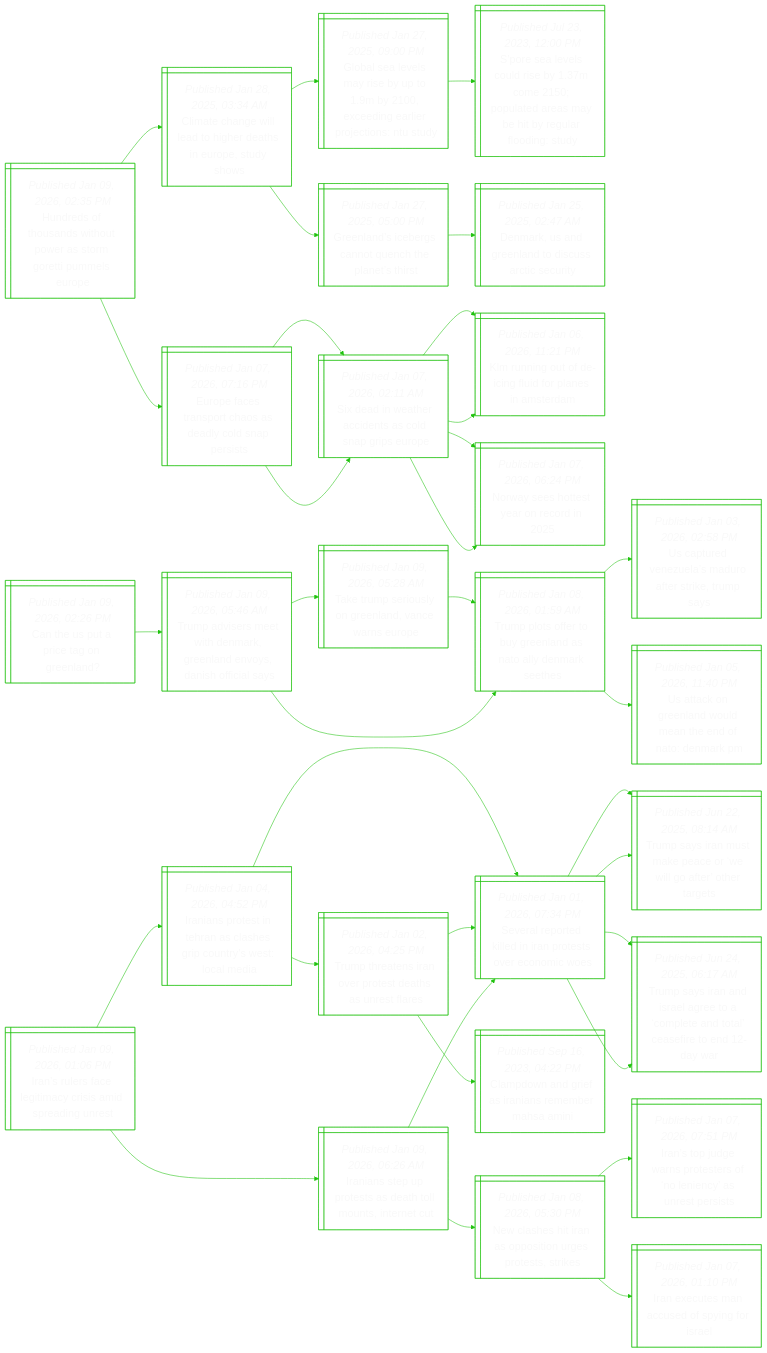
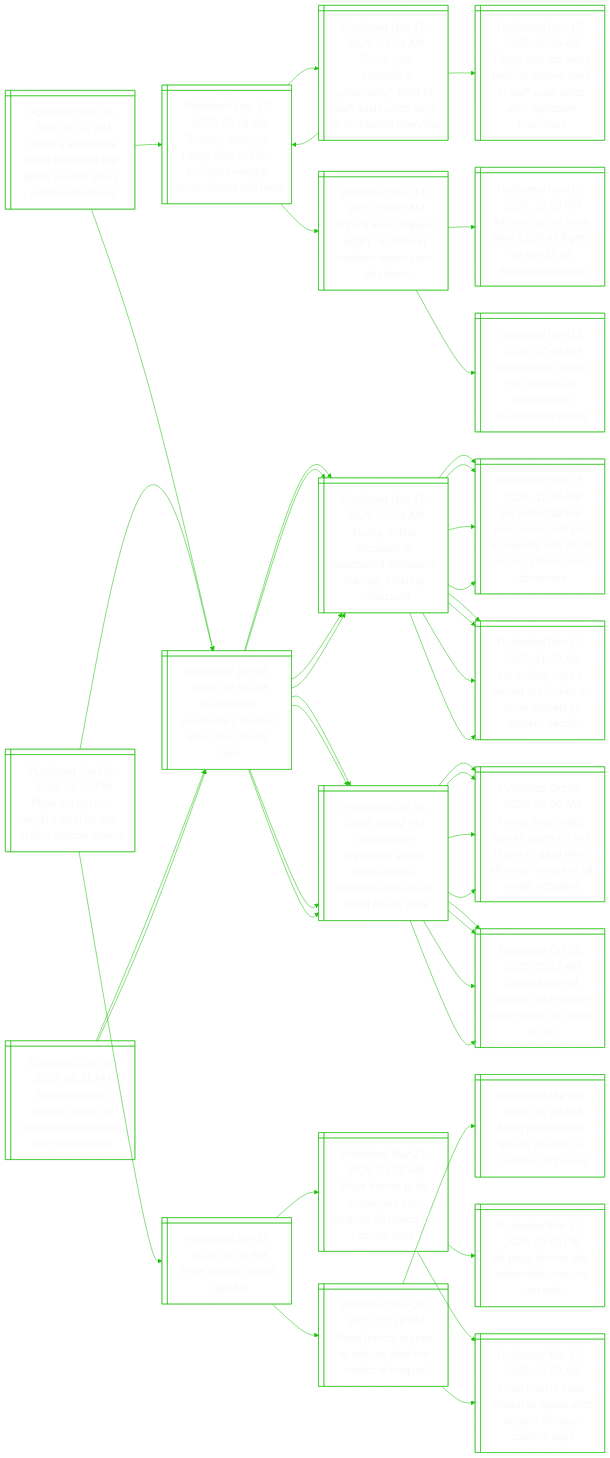
One commit to notJmes/notJmes changed the diagram in README.md. Above: the diagram before and after it, drawn with Mermaid. The commit also changed other lines of this file, not shown here.

````diff
--- a/README.md
+++ b/README.md
@@ -16,112 +16,142 @@
 flowchart LR
 classDef txtsize font-size:20px;
 
-Hetaitrorplo@{ shape: win-pane, label: "_Published Jan 09, 2026, 02:35 PM_
-Hundreds of thousands without power as storm goretti pummels europe" }
-Ctnldgeiouo@{ shape: win-pane, label: "_Published Jan 28, 2025, 03:34 AM_
-Climate change will lead to higher deaths in europe, study shows" }
-GlemspyeeejoUy@{ shape: win-pane, label: "_Published Jan 27, 2025, 09:00 PM_
-Global sea levels may rise by up to 1.9m by 2100, exceeding earlier projections: ntu study" }
-Ssvoimparaierdt@{ shape: win-pane, label: "_Published Jul 23, 2023, 12:00 PM_
-S’pore sea levels could rise by 1.37m come 2150; populated areas may be hit by regular flooding: study" }
-Glirnutatt@{ shape: win-pane, label: "_Published Jan 27, 2025, 05:00 PM_
-Greenland’s icebergs cannot quench the planet’s thirst" }
-DrnedsAcr@{ shape: win-pane, label: "_Published Jan 25, 2025, 02:47 AM_
-Denmark, us and greenland to discuss arctic security" }
-Eesscadlpi@{ shape: win-pane, label: "_Published Jan 07, 2026, 07:16 PM_
-Europe faces transport chaos as deadly cold snap persists" }
-SaerdadgEe@{ shape: win-pane, label: "_Published Jan 07, 2026, 02:11 AM_
-Six dead in weather accidents as cold snap grips europe" }
-Knodnipssa@{ shape: win-pane, label: "_Published Jan 06, 2026, 11:21 PM_
-Klm running out of de-icing fluid for planes in amsterdam" }
-Nyhsrcn@{ shape: win-pane, label: "_Published Jan 07, 2026, 06:24 PM_
-Norway sees hottest year on record in 2025" }
-SaerdadgEe@{ shape: win-pane, label: "_Published Jan 07, 2026, 02:11 AM_
-Six dead in weather accidents as cold snap grips europe" }
-Knodnipssa@{ shape: win-pane, label: "_Published Jan 06, 2026, 11:21 PM_
-Klm running out of de-icing fluid for planes in amsterdam" }
-Nyhsrcn@{ shape: win-pane, label: "_Published Jan 07, 2026, 06:24 PM_
-Norway sees hottest year on record in 2025" }
-
-Hetaitrorplo:::txtsize --> Ctnldgeiouo:::txtsize
-Ctnldgeiouo:::txtsize --> GlemspyeeejoUy:::txtsize
-GlemspyeeejoUy:::txtsize --> Ssvoimparaierdt:::txtsize
-Ctnldgeiouo:::txtsize --> Glirnutatt:::txtsize
-Glirnutatt:::txtsize --> DrnedsAcr:::txtsize
-Hetaitrorplo:::txtsize --> Eesscadlpi:::txtsize
-Eesscadlpi:::txtsize --> SaerdadgEe:::txtsize
-SaerdadgEe:::txtsize --> Knodnipssa:::txtsize
-SaerdadgEe:::txtsize --> Nyhsrcn:::txtsize
-Eesscadlpi:::txtsize --> SaerdadgEe:::txtsize
-SaerdadgEe:::txtsize --> Knodnipssa:::txtsize
-SaerdadgEe:::txtsize --> Nyhsrcn:::txtsize
-
-Cetcoed@{ shape: win-pane, label: "_Published Jan 09, 2026, 02:26 PM_
-Can the us put a price tag on greenland?" }
-Taeehaenonfas@{ shape: win-pane, label: "_Published Jan 09, 2026, 05:46 AM_
-Trump advisers meet with denmark, greenland envoys, danish official says" }
-TresGlaau@{ shape: win-pane, label: "_Published Jan 09, 2026, 05:28 AM_
-Take trump seriously on greenland, vance warns europe" }
-TpotGlsaekh@{ shape: win-pane, label: "_Published Jan 08, 2026, 01:59 AM_
-Trump plots offer to buy greenland as nato ally denmark seethes" }
-TpotGlsaekh@{ shape: win-pane, label: "_Published Jan 08, 2026, 01:59 AM_
-Trump plots offer to buy greenland as nato ally denmark seethes" }
+Tszffrtdramrcs@{ shape: win-pane, label: "_Published Jan 09, 2026, 07:12 PM_
+Trump’s venezuela focus frustrates top aides worried about midterm elections" }
 UtVuMorkms@{ shape: win-pane, label: "_Published Jan 03, 2026, 02:58 PM_
 Us captured venezuela’s maduro after strike, trump says" }
-UaGloeefDr@{ shape: win-pane, label: "_Published Jan 05, 2026, 11:40 PM_
-Us attack on greenland would mean the end of nato: denmark pm" }
+Vuoilranhibai@{ shape: win-pane, label: "_Published Oct 10, 2025, 05:02 PM_
+Venezuelan opposition leader maria corina machado wins 2025 nobel peace prize" }
+TsonoeroelS@{ shape: win-pane, label: "_Published Oct 01, 2025, 05:12 AM_
+Trump says not winning nobel peace prize would be ‘insult’ to us" }
+TssHaossaaorslaoe@{ shape: win-pane, label: "_Published Oct 09, 2025, 05:09 AM_
+Trump says israel, hamas agree on first phase of gaza deal, allowing release of all israeli hostages" }
+Toskftdasitgz@{ shape: win-pane, label: "_Published Dec 17, 2025, 08:34 AM_
+Trump orders blockade of sanctioned oil tankers leaving, entering venezuela" }
+Uistitktvlanf@{ shape: win-pane, label: "_Published Dec 16, 2025, 11:09 AM_
+Us military says it carried out strikes on three vessels in eastern pacific" }
+Uznenltrwtphoon@{ shape: win-pane, label: "_Published Dec 13, 2025, 11:10 AM_
+Us seized tanker near venezuela just as warrant was set to expire, shows court document" }
+TsoastneRrols@{ shape: win-pane, label: "_Published Dec 17, 2025, 03:14 AM_
+Trump’s approval rating slips to 39%, economy weighs, reuters/ipsos poll finds" }
+Hthnndwrust@{ shape: win-pane, label: "_Published Nov 14, 2025, 08:52 AM_
+‘hope it won’t happen again’: us federal workers return post-shutdown" }
+Tsdootveuns@{ shape: win-pane, label: "_Published Nov 13, 2025, 07:48 AM_
+Trump signs deal to end longest us government shutdown in history" }
+Annoalsvuni@{ shape: win-pane, label: "_Published Nov 10, 2025, 10:23 PM_
+Airlines cancel more than 1,500 us flights on nov 10 as shutdown persists" }
+Thcirlhffesiblr@{ shape: win-pane, label: "_Published Dec 17, 2025, 03:34 AM_
+Trump has ‘alcoholic’s personality’, chief of staff susie wiles says in bombshell interview" }
+Tapsiecofieelers@{ shape: win-pane, label: "_Published Dec 17, 2025, 06:45 AM_
+Trump and top aides publicly defend chief of staff susie wiles after explosive interviews" }
+TsoastneRrols@{ shape: win-pane, label: "_Published Dec 17, 2025, 03:14 AM_
+Trump’s approval rating slips to 39%, economy weighs, reuters/ipsos poll finds" }
 
-Cetcoed:::txtsize --> Taeehaenonfas:::txtsize
-Taeehaenonfas:::txtsize --> TresGlaau:::txtsize
-TresGlaau:::txtsize --> TpotGlsaekh:::txtsize
-Taeehaenonfas:::txtsize --> TpotGlsaekh:::txtsize
-TpotGlsaekh:::txtsize --> UtVuMorkms:::txtsize
-TpotGlsaekh:::txtsize --> UaGloeefDr:::txtsize
+Tszffrtdramrcs:::txtsize --> UtVuMorkms:::txtsize
+UtVuMorkms:::txtsize --> Vuoilranhibai:::txtsize
+Vuoilranhibai:::txtsize --> TsonoeroelS:::txtsize
+Vuoilranhibai:::txtsize --> TssHaossaaorslaoe:::txtsize
+UtVuMorkms:::txtsize --> Toskftdasitgz:::txtsize
+Toskftdasitgz:::txtsize --> Uistitktvlanf:::txtsize
+Toskftdasitgz:::txtsize --> Uznenltrwtphoon:::txtsize
+Tszffrtdramrcs:::txtsize --> TsoastneRrols:::txtsize
+TsoastneRrols:::txtsize --> Hthnndwrust:::txtsize
+Hthnndwrust:::txtsize --> Tsdootveuns:::txtsize
+Hthnndwrust:::txtsize --> Annoalsvuni:::txtsize
+TsoastneRrols:::txtsize --> Thcirlhffesiblr:::txtsize
+Thcirlhffesiblr:::txtsize --> Tapsiecofieelers:::txtsize
+Thcirlhffesiblr:::txtsize --> TsoastneRrols:::txtsize
 
-Irslicssdn@{ shape: win-pane, label: "_Published Jan 09, 2026, 01:06 PM_
-Iran’s rulers face legitimacy crisis amid spreading unrest" }
-Iaoirceptecd@{ shape: win-pane, label: "_Published Jan 04, 2026, 04:52 PM_
-Iranians protest in tehran as clashes grip country’s west: local media" }
-Saokdatocis@{ shape: win-pane, label: "_Published Jan 01, 2026, 07:34 PM_
-Several reported killed in iran protests over economic woes" }
-Tsrseeworre@{ shape: win-pane, label: "_Published Jun 22, 2025, 08:14 AM_
-Trump says iran must make peace or ‘we will go after’ other targets" }
-Tsrdeecedletdr@{ shape: win-pane, label: "_Published Jun 24, 2025, 06:17 AM_
-Trump says iran and israel agree to a ‘complete and total’ ceasefire to end 12-day war" }
-Tttreteaea@{ shape: win-pane, label: "_Published Jan 02, 2026, 04:25 PM_
-Trump threatens iran over protest deaths as unrest flares" }
-Saokdatocis@{ shape: win-pane, label: "_Published Jan 01, 2026, 07:34 PM_
-Several reported killed in iran protests over economic woes" }
-CdnerneMA@{ shape: win-pane, label: "_Published Sep 16, 2023, 04:22 PM_
-Clampdown and grief as iranians remember mahsa amini" }
-Iaerteoune@{ shape: win-pane, label: "_Published Jan 09, 2026, 06:26 AM_
-Iranians step up protests as death toll mounts, internet cut" }
-Saokdatocis@{ shape: win-pane, label: "_Published Jan 01, 2026, 07:34 PM_
-Several reported killed in iran protests over economic woes" }
-Tsrseeworre@{ shape: win-pane, label: "_Published Jun 22, 2025, 08:14 AM_
-Trump says iran must make peace or ‘we will go after’ other targets" }
-Tsrdeecedletdr@{ shape: win-pane, label: "_Published Jun 24, 2025, 06:17 AM_
-Trump says iran and israel agree to a ‘complete and total’ ceasefire to end 12-day war" }
-Nahaptrrti@{ shape: win-pane, label: "_Published Jan 08, 2026, 05:30 PM_
-New clashes hit iran as opposition urges protests, strikes" }
-Itdroeniaers@{ shape: win-pane, label: "_Published Jan 07, 2026, 07:51 PM_
-Iran’s top judge warns protesters of ‘no leniency’ as unrest persists" }
-Ixeaepfr@{ shape: win-pane, label: "_Published Jan 07, 2026, 01:10 PM_
-Iran executes man accused of spying for israel" }
+Perozoirip@{ shape: win-pane, label: "_Published Jan 09, 2026, 06:32 PM_
+Pope leo decries world’s ‘zeal for war’ in fiery vatican speech" }
+UtVuMorkms@{ shape: win-pane, label: "_Published Jan 03, 2026, 02:58 PM_
+Us captured venezuela’s maduro after strike, trump says" }
+Vuoilranhibai@{ shape: win-pane, label: "_Published Oct 10, 2025, 05:02 PM_
+Venezuelan opposition leader maria corina machado wins 2025 nobel peace prize" }
+TsonoeroelS@{ shape: win-pane, label: "_Published Oct 01, 2025, 05:12 AM_
+Trump says not winning nobel peace prize would be ‘insult’ to us" }
+TssHaossaaorslaoe@{ shape: win-pane, label: "_Published Oct 09, 2025, 05:09 AM_
+Trump says israel, hamas agree on first phase of gaza deal, allowing release of all israeli hostages" }
+Toskftdasitgz@{ shape: win-pane, label: "_Published Dec 17, 2025, 08:34 AM_
+Trump orders blockade of sanctioned oil tankers leaving, entering venezuela" }
+Uistitktvlanf@{ shape: win-pane, label: "_Published Dec 16, 2025, 11:09 AM_
+Us military says it carried out strikes on three vessels in eastern pacific" }
+Uznenltrwtphoon@{ shape: win-pane, label: "_Published Dec 13, 2025, 11:10 AM_
+Us seized tanker near venezuela just as warrant was set to expire, shows court document" }
+Prsa@{ shape: win-pane, label: "_Published Apr 21, 2025, 04:01 PM_
+Pope francis dies at age 88" }
+Prsdafoaaos@{ shape: win-pane, label: "_Published Mar 23, 2025, 01:28 AM_
+Pope francis to be discharged from hospital on march 23, doctor says" }
+Prsrrpfxtpds@{ shape: win-pane, label: "_Published Mar 22, 2025, 03:53 AM_
+Pope francis must relearn to speak after oxygen therapy, cardinal says" }
+Aecllsoud@{ shape: win-pane, label: "_Published Mar 19, 2025, 09:05 PM_
+As pope francis ails, outlandish rumours run wild" }
+PrsrVaeessl@{ shape: win-pane, label: "_Published Mar 23, 2025, 07:19 PM_
+Pope francis returns to vatican after five weeks in hospital" }
+Prsrrpfxtpds@{ shape: win-pane, label: "_Published Mar 22, 2025, 03:53 AM_
+Pope francis must relearn to speak after oxygen therapy, cardinal says" }
+AgFincadno@{ shape: win-pane, label: "_Published Mar 09, 2025, 04:10 PM_
+Ailing pope francis thanks doctors as condition improves" }
 
-Irslicssdn:::txtsize --> Iaoirceptecd:::txtsize
-Iaoirceptecd:::txtsize --> Saokdatocis:::txtsize
-Saokdatocis:::txtsize --> Tsrseeworre:::txtsize
-Saokdatocis:::txtsize --> Tsrdeecedletdr:::txtsize
-Iaoirceptecd:::txtsize --> Tttreteaea:::txtsize
-Tttreteaea:::txtsize --> Saokdatocis:::txtsize
-Tttreteaea:::txtsize --> CdnerneMA:::txtsize
-Irslicssdn:::txtsize --> Iaerteoune:::txtsize
-Iaerteoune:::txtsize --> Saokdatocis:::txtsize
-Saokdatocis:::txtsize --> Tsrseeworre:::txtsize
-Saokdatocis:::txtsize --> Tsrdeecedletdr:::txtsize
-Iaerteoune:::txtsize --> Nahaptrrti:::txtsize
-Nahaptrrti:::txtsize --> Itdroeniaers:::txtsize
-Nahaptrrti:::txtsize --> Ixeaepfr:::txtsize
+Perozoirip:::txtsize --> UtVuMorkms:::txtsize
+UtVuMorkms:::txtsize --> Vuoilranhibai:::txtsize
+Vuoilranhibai:::txtsize --> TsonoeroelS:::txtsize
+Vuoilranhibai:::txtsize --> TssHaossaaorslaoe:::txtsize
+UtVuMorkms:::txtsize --> Toskftdasitgz:::txtsize
+Toskftdasitgz:::txtsize --> Uistitktvlanf:::txtsize
+Toskftdasitgz:::txtsize --> Uznenltrwtphoon:::txtsize
+Perozoirip:::txtsize --> Prsa:::txtsize
+Prsa:::txtsize --> Prsdafoaaos:::txtsize
+Prsdafoaaos:::txtsize --> Prsrrpfxtpds:::txtsize
+Prsdafoaaos:::txtsize --> Aecllsoud:::txtsize
+Prsa:::txtsize --> PrsrVaeessl:::txtsize
+PrsrVaeessl:::txtsize --> Prsrrpfxtpds:::txtsize
+PrsrVaeessl:::txtsize --> AgFincadno:::txtsize
+
+Tclovtsnlepi@{ shape: win-pane, label: "_Published Jan 09, 2026, 06:31 PM_
+Trump cancels second wave of attacks on venezuela after cooperation" }
+UtVuMorkms@{ shape: win-pane, label: "_Published Jan 03, 2026, 02:58 PM_
+Us captured venezuela’s maduro after strike, trump says" }
+Vuoilranhibai@{ shape: win-pane, label: "_Published Oct 10, 2025, 05:02 PM_
+Venezuelan opposition leader maria corina machado wins 2025 nobel peace prize" }
+TsonoeroelS@{ shape: win-pane, label: "_Published Oct 01, 2025, 05:12 AM_
+Trump says not winning nobel peace prize would be ‘insult’ to us" }
+TssHaossaaorslaoe@{ shape: win-pane, label: "_Published Oct 09, 2025, 05:09 AM_
+Trump says israel, hamas agree on first phase of gaza deal, allowing release of all israeli hostages" }
+Toskftdasitgz@{ shape: win-pane, label: "_Published Dec 17, 2025, 08:34 AM_
+Trump orders blockade of sanctioned oil tankers leaving, entering venezuela" }
+Uistitktvlanf@{ shape: win-pane, label: "_Published Dec 16, 2025, 11:09 AM_
+Us military says it carried out strikes on three vessels in eastern pacific" }
+Uznenltrwtphoon@{ shape: win-pane, label: "_Published Dec 13, 2025, 11:10 AM_
+Us seized tanker near venezuela just as warrant was set to expire, shows court document" }
+UtVuMorkms@{ shape: win-pane, label: "_Published Jan 03, 2026, 02:58 PM_
+Us captured venezuela’s maduro after strike, trump says" }
+Vuoilranhibai@{ shape: win-pane, label: "_Published Oct 10, 2025, 05:02 PM_
+Venezuelan opposition leader maria corina machado wins 2025 nobel peace prize" }
+TsonoeroelS@{ shape: win-pane, label: "_Published Oct 01, 2025, 05:12 AM_
+Trump says not winning nobel peace prize would be ‘insult’ to us" }
+TssHaossaaorslaoe@{ shape: win-pane, label: "_Published Oct 09, 2025, 05:09 AM_
+Trump says israel, hamas agree on first phase of gaza deal, allowing release of all israeli hostages" }
+Toskftdasitgz@{ shape: win-pane, label: "_Published Dec 17, 2025, 08:34 AM_
+Trump orders blockade of sanctioned oil tankers leaving, entering venezuela" }
+Uistitktvlanf@{ shape: win-pane, label: "_Published Dec 16, 2025, 11:09 AM_
+Us military says it carried out strikes on three vessels in eastern pacific" }
+Uznenltrwtphoon@{ shape: win-pane, label: "_Published Dec 13, 2025, 11:10 AM_
+Us seized tanker near venezuela just as warrant was set to expire, shows court document" }
+
+Tclovtsnlepi:::txtsize --> UtVuMorkms:::txtsize
+UtVuMorkms:::txtsize --> Vuoilranhibai:::txtsize
+Vuoilranhibai:::txtsize --> TsonoeroelS:::txtsize
+Vuoilranhibai:::txtsize --> TssHaossaaorslaoe:::txtsize
+UtVuMorkms:::txtsize --> Toskftdasitgz:::txtsize
+Toskftdasitgz:::txtsize --> Uistitktvlanf:::txtsize
+Toskftdasitgz:::txtsize --> Uznenltrwtphoon:::txtsize
+Tclovtsnlepi:::txtsize --> UtVuMorkms:::txtsize
+UtVuMorkms:::txtsize --> Vuoilranhibai:::txtsize
+Vuoilranhibai:::txtsize --> TsonoeroelS:::txtsize
+Vuoilranhibai:::txtsize --> TssHaossaaorslaoe:::txtsize
+UtVuMorkms:::txtsize --> Toskftdasitgz:::txtsize
+Toskftdasitgz:::txtsize --> Uistitktvlanf:::txtsize
+Toskftdasitgz:::txtsize --> Uznenltrwtphoon:::txtsize
 
 ```
````
